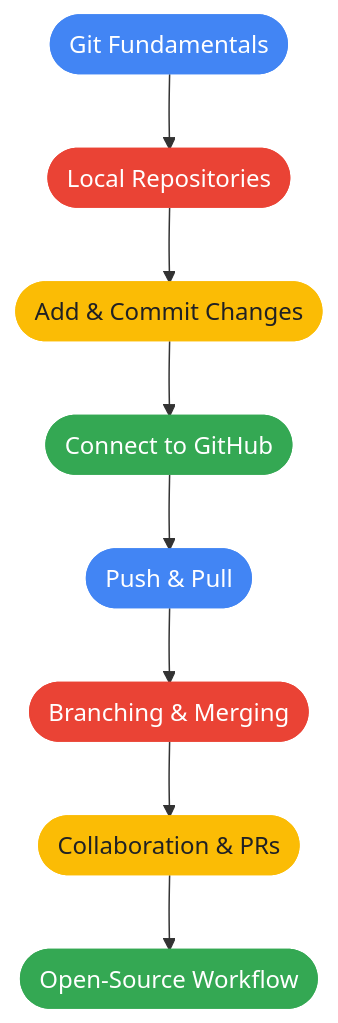
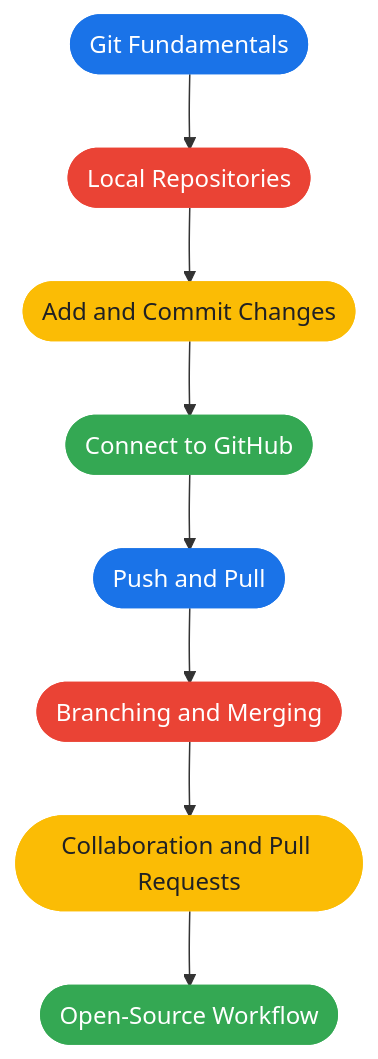
One commit to sree77rag/gti-github-learn-path changed the first of 2 diagrams in README.md. Above: the diagram before and after it, drawn with Mermaid. The commit also changed other lines of this file, not shown here.

````diff
--- a/README.md
+++ b/README.md
@@ -47,20 +65,20 @@
 ```mermaid
 flowchart TD
-    A([Git Fundamentals]) --> B([Local Repositories])
-    B --> C([Add & Commit Changes])
-    C --> D([Connect to GitHub])
-    D --> E([Push & Pull])
-    E --> F([Branching & Merging])
-    F --> G([Collaboration & PRs])
-    G --> H([Open-Source Workflow])
+    A(["Git Fundamentals"]) --> B(["Local Repositories"])
+    B --> C(["Add and Commit Changes"])
+    C --> D(["Connect to GitHub"])
+    D --> E(["Push and Pull"])
+    E --> F(["Branching and Merging"])
+    F --> G(["Collaboration and Pull Requests"])
+    G --> H(["Open-Source Workflow"])
 
-    classDef blue fill:#4285F4,stroke:#4285F4,color:#fff;
-    classDef red fill:#EA4335,stroke:#EA4335,color:#fff;
+    classDef blue fill:#1A73E8,stroke:#1A73E8,color:#FFFFFF;
+    classDef red fill:#EA4335,stroke:#EA4335,color:#FFFFFF;
     classDef yellow fill:#FBBC05,stroke:#FBBC05,color:#202124;
-    classDef green fill:#34A853,stroke:#34A853,color:#fff;
+    classDef green fill:#34A853,stroke:#34A853,color:#FFFFFF;
 
     class A,E blue;
     class B,F red;
     class C,G yellow;
     class D,H green;
 ```
````
